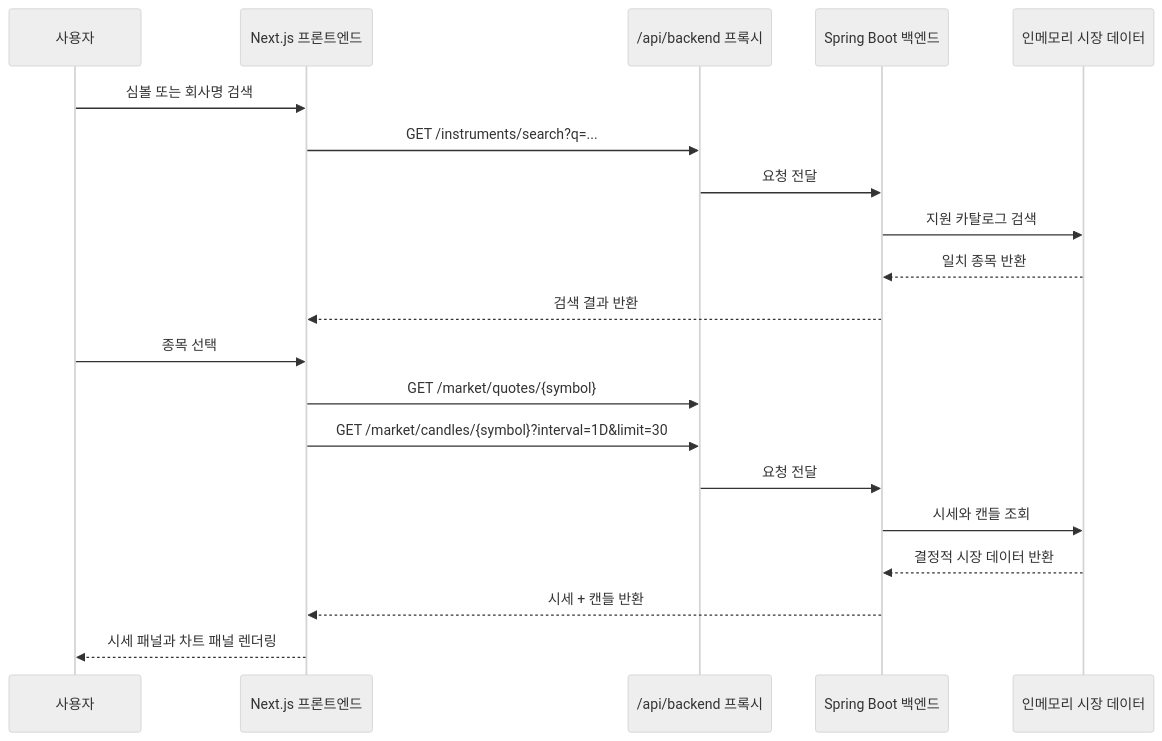
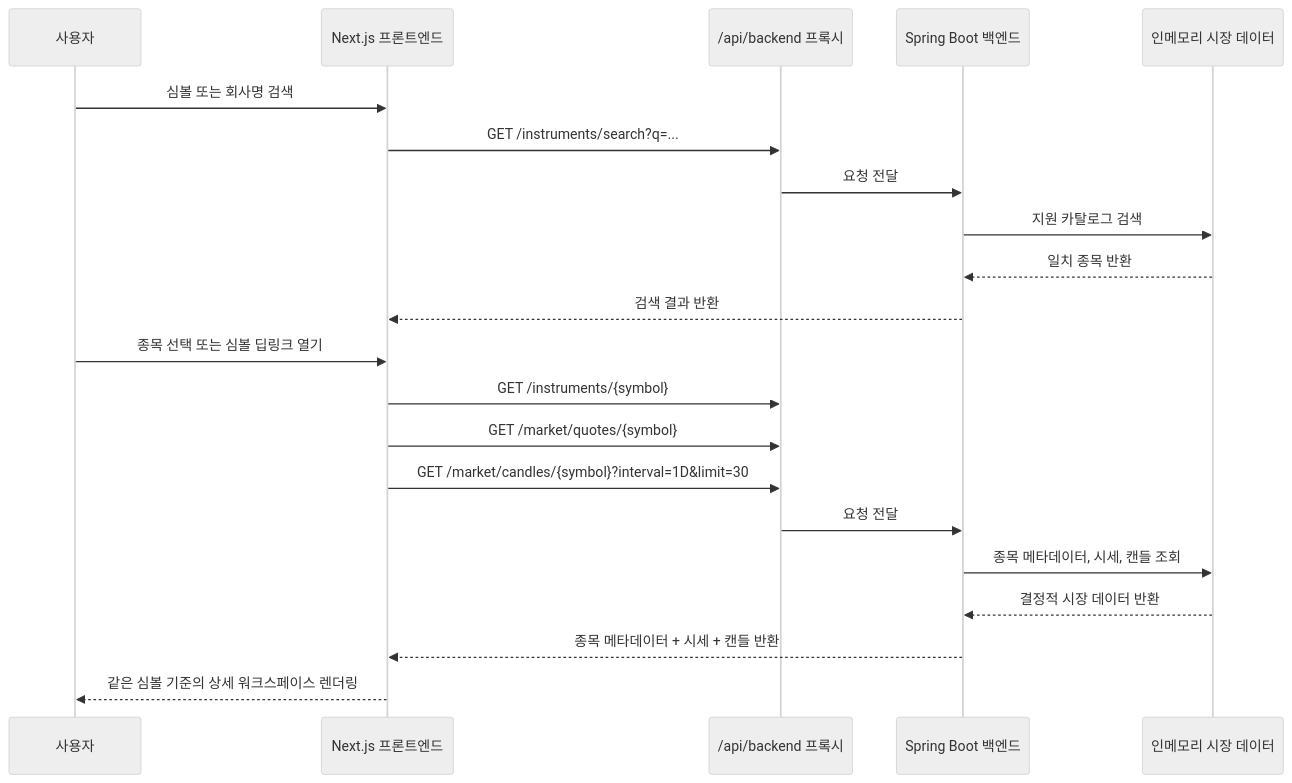
The second of 4 diagrams in docs/runtime-lifecycle.md (Bonchang/qerp3), drawn with Mermaid (neutral theme) before and after one commit. The commit also changed other lines of this file and 24 other files, not shown here.

````diff
--- a/docs/runtime-lifecycle.md
+++ b/docs/runtime-lifecycle.md
@@ -46,24 +46,25 @@
 ```mermaid
 sequenceDiagram
     participant User as 사용자
     participant Frontend as Next.js 프론트엔드
     participant Proxy as /api/backend 프록시
     participant Backend as Spring Boot 백엔드
     participant Market as 인메모리 시장 데이터
 
     User->>Frontend: 심볼 또는 회사명 검색
     Frontend->>Proxy: GET /instruments/search?q=...
     Proxy->>Backend: 요청 전달
     Backend->>Market: 지원 카탈로그 검색
     Market-->>Backend: 일치 종목 반환
     Backend-->>Frontend: 검색 결과 반환
 
-    User->>Frontend: 종목 선택
+    User->>Frontend: 종목 선택 또는 심볼 딥링크 열기
+    Frontend->>Proxy: GET /instruments/{symbol}
     Frontend->>Proxy: GET /market/quotes/{symbol}
     Frontend->>Proxy: GET /market/candles/{symbol}?interval=1D&limit=30
     Proxy->>Backend: 요청 전달
-    Backend->>Market: 시세와 캔들 조회
+    Backend->>Market: 종목 메타데이터, 시세, 캔들 조회
     Market-->>Backend: 결정적 시장 데이터 반환
-    Backend-->>Frontend: 시세 + 캔들 반환
-    Frontend-->>User: 시세 패널과 차트 패널 렌더링
+    Backend-->>Frontend: 종목 메타데이터 + 시세 + 캔들 반환
+    Frontend-->>User: 같은 심볼 기준의 상세 워크스페이스 렌더링
 ```
````
